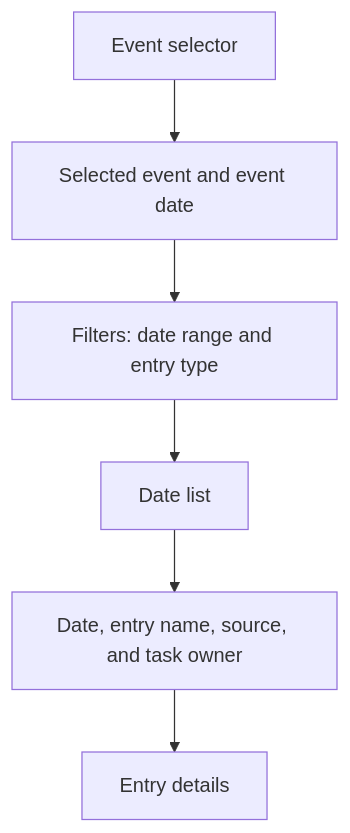
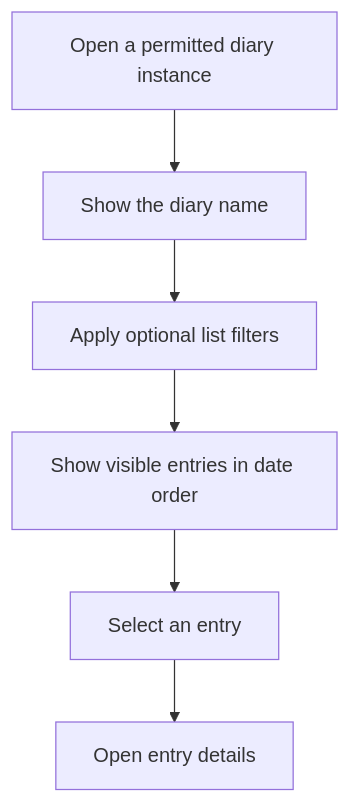
One commit to TonyFlury/GarageSale changed the sixth of 13 diagrams in docs/design/event-calendar.md. Above: the diagram before and after it, drawn with Mermaid. The commit also changed other lines of this file, not shown here.

Commit message:
docs: clarify Diary calendar list navigation diagram

````diff
--- a/docs/design/event-calendar.md
+++ b/docs/design/event-calendar.md
@@ -443,8 +451,8 @@
 ```mermaid
 flowchart TD
-    A[Event selector] --> B[Selected event and event date]
-    B --> C[Filters: date range and entry type]
-    C --> D[Date list]
-    D --> E[Date, entry name, source, and task owner]
-    E --> F[Entry details]
+    A[Open a permitted diary instance] --> B[Show the diary name]
+    B --> C[Apply optional list filters]
+    C --> D[Show visible entries in date order]
+    D --> E[Select an entry]
+    E --> F[Open entry details]
 ```
````
